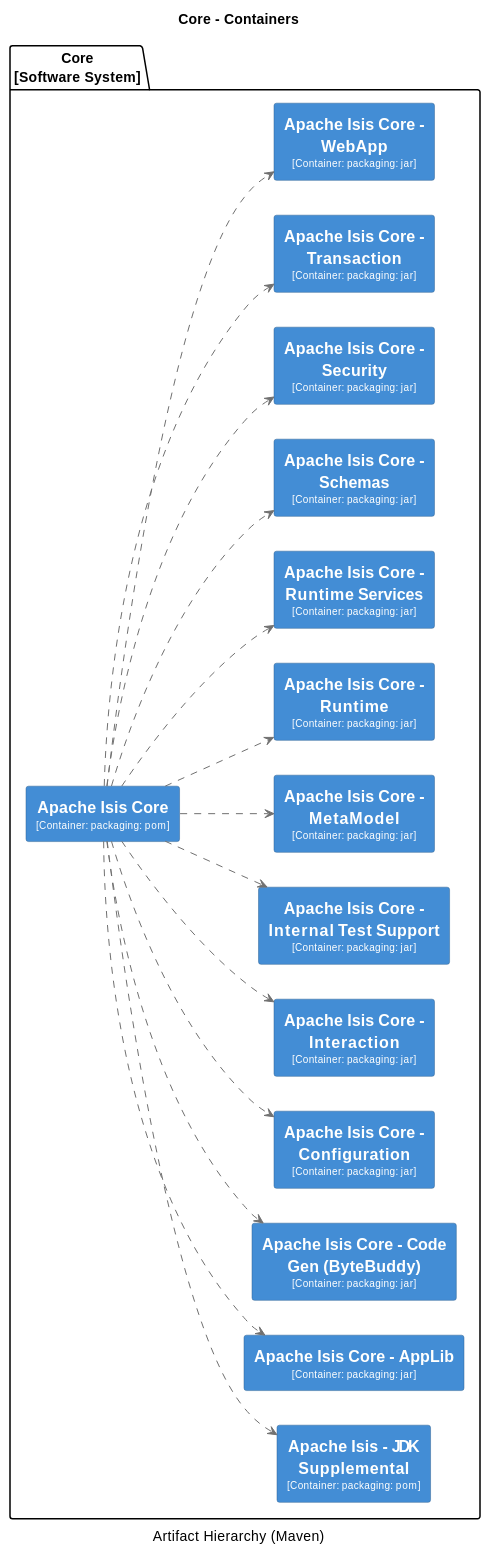
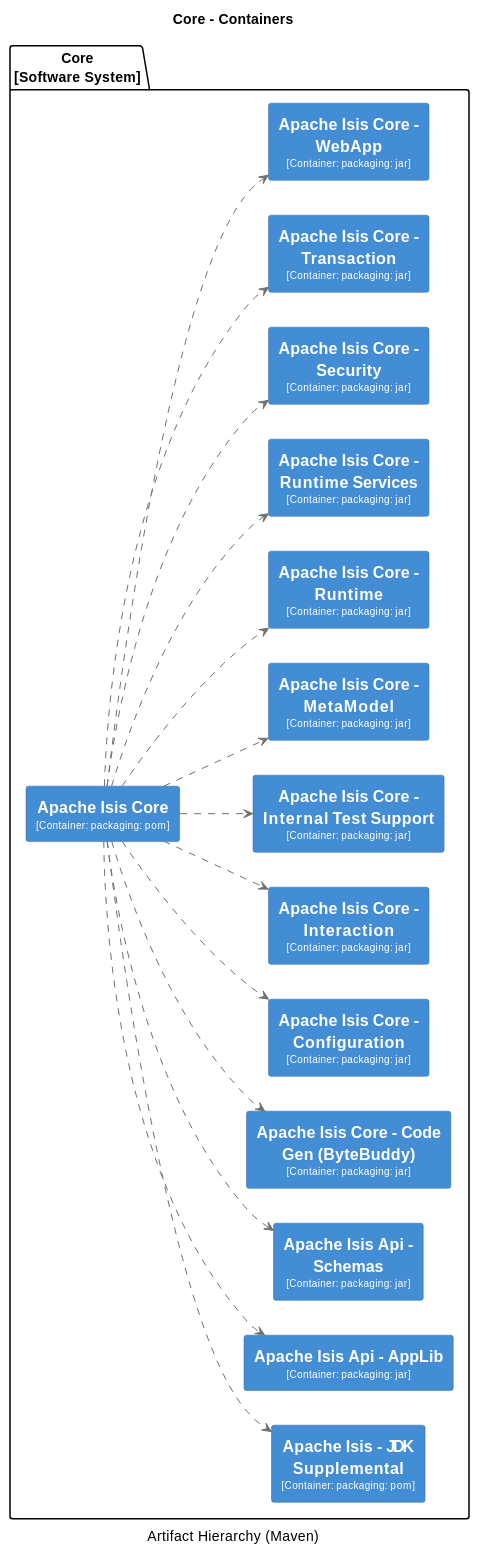
One commit to apache/causeway changed the seventh of 32 diagrams in core/adoc/modules/_overview/pages/about.adoc. Above: the diagram before and after it, drawn with PlantUML. The commit also changed other lines of this file and 131 other files, not shown here.

```diff
--- a/core/adoc/modules/_overview/pages/about.adoc
+++ b/core/adoc/modules/_overview/pages/about.adoc
@@ -1415,8 +1436,9 @@
 }
 package "Core\n[Software System]" {
   rectangle "==Apache Isis - JDK Supplemental\n<size:10>[Container: packaging: pom]</size>" <<14>> as 14
+  rectangle "==Apache Isis Api - AppLib\n<size:10>[Container: packaging: jar]</size>" <<3>> as 3
+  rectangle "==Apache Isis Api - Schemas\n<size:10>[Container: packaging: jar]</size>" <<15>> as 15
   rectangle "==Apache Isis Core\n<size:10>[Container: packaging: pom]</size>" <<2>> as 2
-  rectangle "==Apache Isis Core - AppLib\n<size:10>[Container: packaging: jar]</size>" <<3>> as 3
   rectangle "==Apache Isis Core - Code Gen (ByteBuddy)\n<size:10>[Container: packaging: jar]</size>" <<4>> as 4
   rectangle "==Apache Isis Core - Configuration\n<size:10>[Container: packaging: jar]</size>" <<5>> as 5
   rectangle "==Apache Isis Core - Interaction\n<size:10>[Container: packaging: jar]</size>" <<6>> as 6
@@ -1424,13 +1446,13 @@
   rectangle "==Apache Isis Core - MetaModel\n<size:10>[Container: packaging: jar]</size>" <<8>> as 8
   rectangle "==Apache Isis Core - Runtime\n<size:10>[Container: packaging: jar]</size>" <<9>> as 9
   rectangle "==Apache Isis Core - Runtime Services\n<size:10>[Container: packaging: jar]</size>" <<10>> as 10
-  rectangle "==Apache Isis Core - Schemas\n<size:10>[Container: packaging: jar]</size>" <<15>> as 15
   rectangle "==Apache Isis Core - Security\n<size:10>[Container: packaging: jar]</size>" <<11>> as 11
   rectangle "==Apache Isis Core - Transaction\n<size:10>[Container: packaging: jar]</size>" <<12>> as 12
   rectangle "==Apache Isis Core - WebApp\n<size:10>[Container: packaging: jar]</size>" <<13>> as 13
 }
 2 .[#707070].> 14 : ""
 2 .[#707070].> 3 : ""
+2 .[#707070].> 15 : ""
 2 .[#707070].> 4 : ""
 2 .[#707070].> 5 : ""
 2 .[#707070].> 6 : ""
@@ -1438,7 +1460,6 @@
 2 .[#707070].> 8 : ""
 2 .[#707070].> 9 : ""
 2 .[#707070].> 10 : ""
-2 .[#707070].> 15 : ""
 2 .[#707070].> 11 : ""
 2 .[#707070].> 12 : ""
 2 .[#707070].> 13 : ""
```
